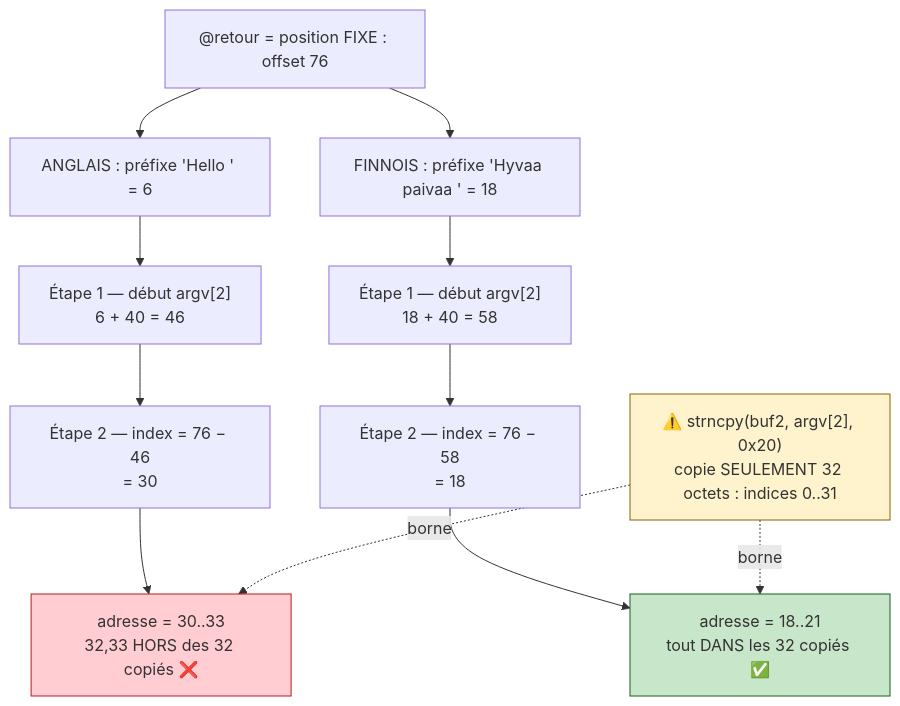
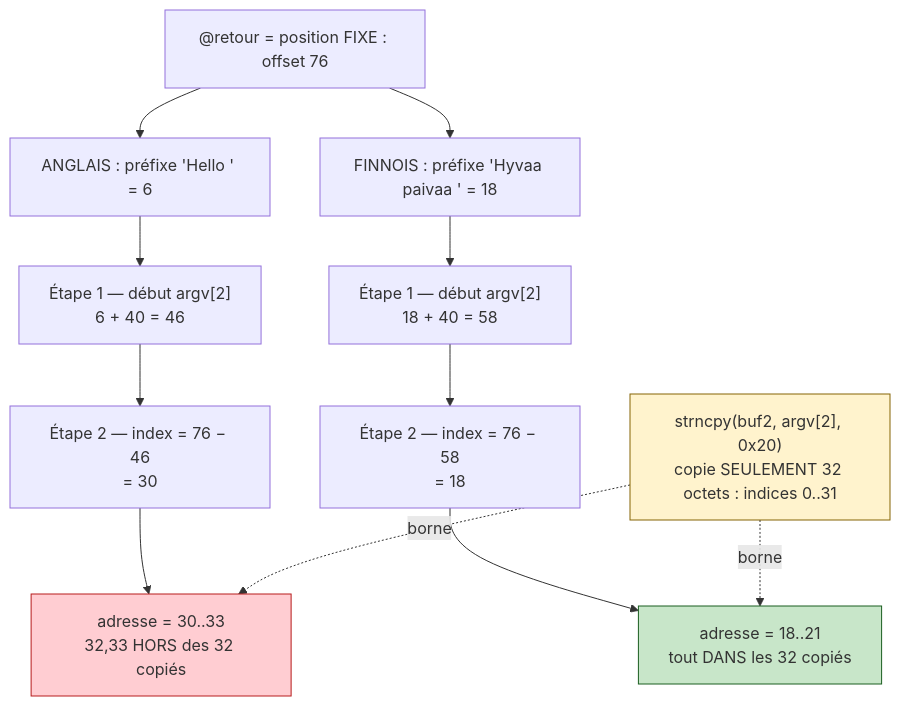
The second of 2 diagrams in bonus2/walkthrough.md (ft-Monolith/Rainfall), drawn with Mermaid before and after one commit. The commit also changed other lines of this file and 6 other files, not shown here.

````diff
--- a/bonus2/walkthrough.md
+++ b/bonus2/walkthrough.md
@@ -130,24 +130,24 @@
 ```mermaid
 flowchart TD
     FIX["@retour = position FIXE : offset 76"]
 
     FIX --> EN0["ANGLAIS : préfixe 'Hello ' = 6"]
     FIX --> FI0["FINNOIS : préfixe 'Hyvaa paivaa ' = 18"]
 
     EN0 --> EN1["Étape 1 — début argv[2]<br/>6 + 40 = 46"]
     FI0 --> FI1["Étape 1 — début argv[2]<br/>18 + 40 = 58"]
 
     EN1 --> EN2["Étape 2 — index = 76 − 46<br/>= 30"]
     FI1 --> FI2["Étape 2 — index = 76 − 58<br/>= 18"]
 
-    EN2 --> EN3["adresse = 30..33<br/>32,33 HORS des 32 copiés ❌"]
-    FI2 --> FI3["adresse = 18..21<br/>tout DANS les 32 copiés ✅"]
+    EN2 --> EN3["adresse = 30..33<br/>32,33 HORS des 32 copiés "]
+    FI2 --> FI3["adresse = 18..21<br/>tout DANS les 32 copiés "]
 
-    LIM["⚠️ strncpy(buf2, argv[2], 0x20)<br/>copie SEULEMENT 32 octets : indices 0..31"]
+    LIM[" strncpy(buf2, argv[2], 0x20)<br/>copie SEULEMENT 32 octets : indices 0..31"]
     LIM -.borne.-> EN3
     LIM -.borne.-> FI3
 
     style EN3 fill:#ffcdd2,stroke:#b71c1c
     style FI3 fill:#c8e6c9,stroke:#1b5e20
     style LIM fill:#fff3cd,stroke:#856404
 ```
````
